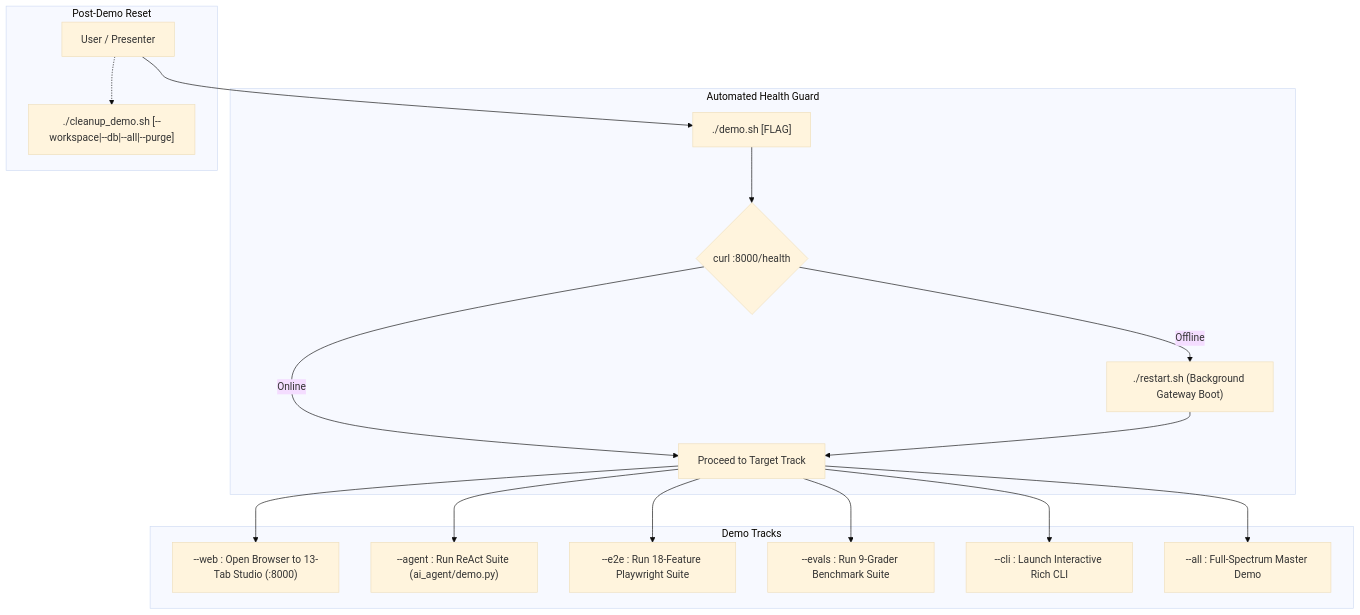
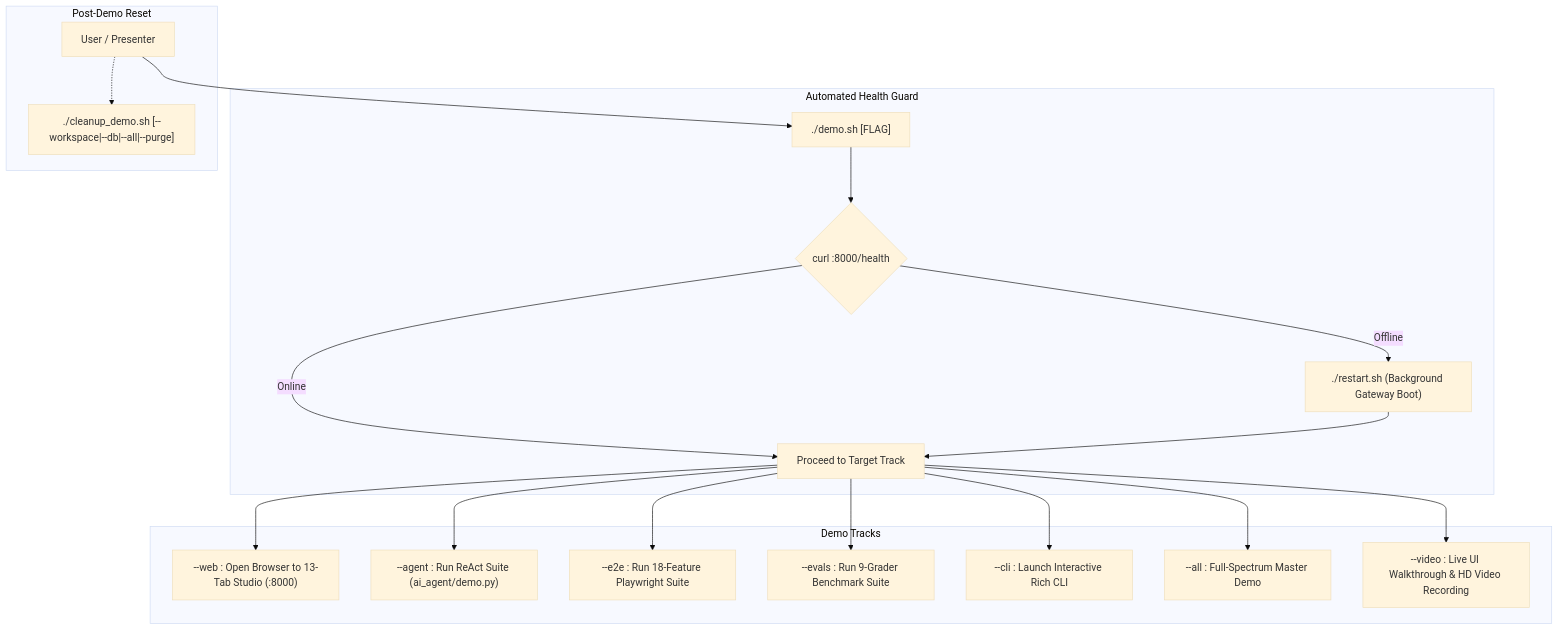
The diagram in demo.md (vdonthireddy/agentic-ai), drawn with Mermaid (base theme) before and after one commit. The commit also changed other lines of this file and 5 other files, not shown here.

Commit message:
feat(demo): add live UI walkthrough and Playwright HD video recording

````diff
--- a/demo.md
+++ b/demo.md
@@ -32,24 +32,25 @@
 ```mermaid
 flowchart TD
     USER["User / Presenter"] --> DEMO_SH["./demo.sh [FLAG]"]
     
     subgraph HealthCheck["Automated Health Guard"]
         DEMO_SH --> CHECK{"curl :8000/health"}
         CHECK -->|"Offline"| BOOT["./restart.sh (Background Gateway Boot)"]
         CHECK -->|"Online"| READY["Proceed to Target Track"]
         BOOT --> READY
     end
 
     subgraph Tracks["Demo Tracks"]
         READY --> T1["--web : Open Browser to 13-Tab Studio (:8000)"]
         READY --> T2["--agent : Run ReAct Suite (ai_agent/demo.py)"]
         READY --> T3["--e2e : Run 18-Feature Playwright Suite"]
         READY --> T4["--evals : Run 9-Grader Benchmark Suite"]
         READY --> T5["--cli : Launch Interactive Rich CLI"]
         READY --> T6["--all : Full-Spectrum Master Demo"]
+        READY --> T7["--video : Live UI Walkthrough & HD Video Recording"]
     end
 
     subgraph Cleanup["Post-Demo Reset"]
         USER -.-> CLEAN["./cleanup_demo.sh [--workspace|--db|--all|--purge]"]
     end
 ```
````
